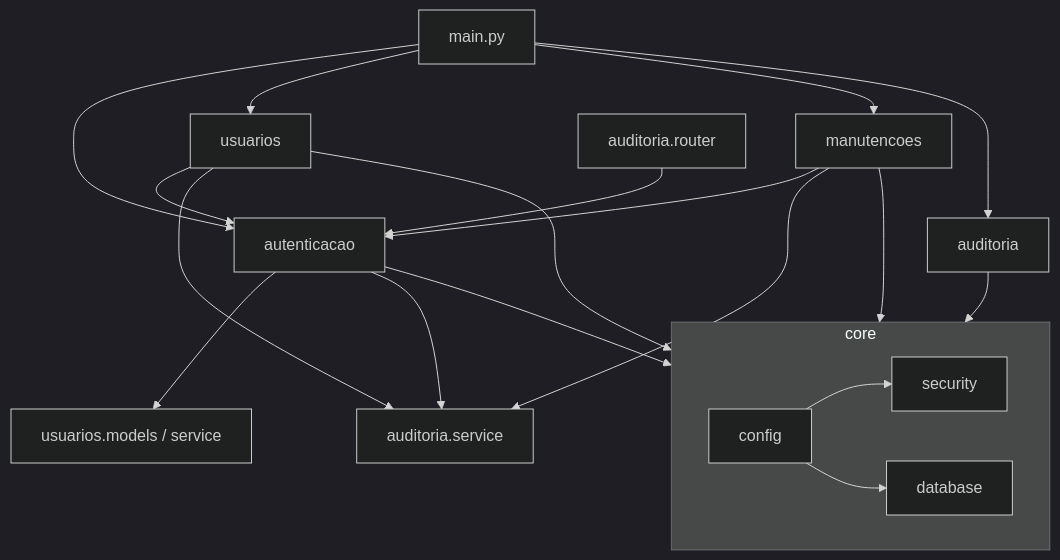
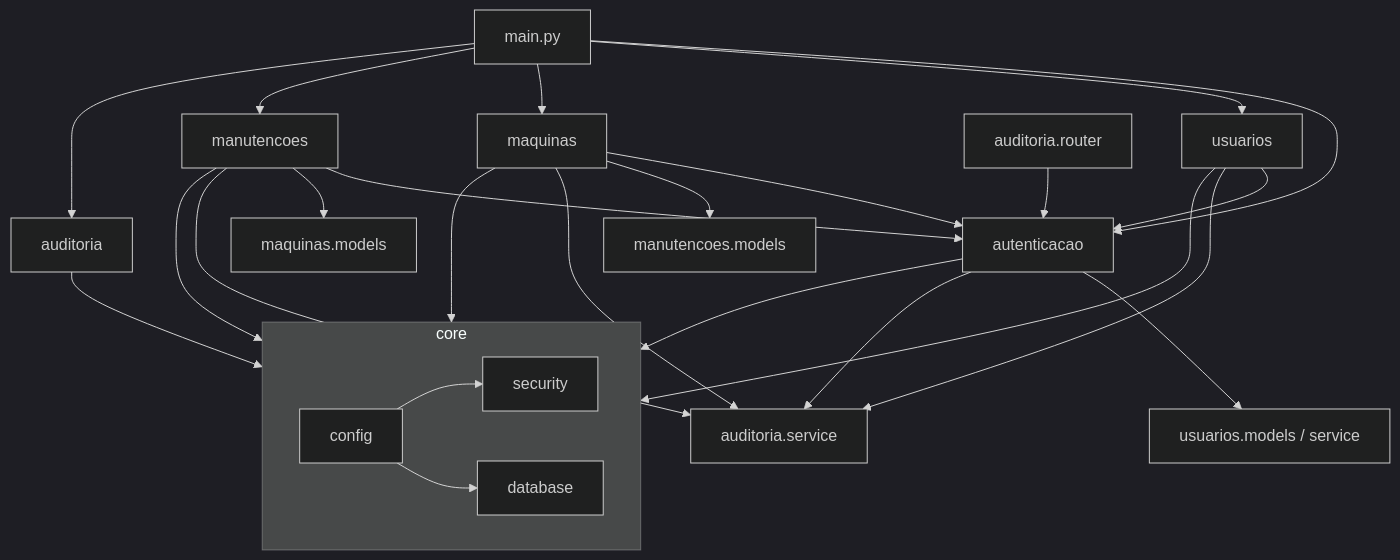
Before and after one commit to CristianoPirolli/manutencao-maquinas: the second of 4 diagrams in docs/ARQUITETURA.md, drawn with Mermaid (dark theme). The commit also changed other lines of this file and 13 other files, not shown here.

````diff
--- a/docs/ARQUITETURA.md
+++ b/docs/ARQUITETURA.md
@@ -48,16 +48,17 @@
 ```mermaid
 flowchart TD
-    main[main.py] --> autenticacao & usuarios & manutencoes & auditoria
-    manutencoes --> autenticacao
+    main[main.py] --> autenticacao & usuarios & maquinas & manutencoes & auditoria
+    maquinas & manutencoes --> autenticacao
     usuarios --> autenticacao
     auditoria_r[auditoria.router] --> autenticacao
     autenticacao --> usuarios_m[usuarios.models / service]
     autenticacao --> auditoria_s[auditoria.service]
-    manutencoes --> auditoria_s
-    usuarios --> auditoria_s
+    manutencoes --> maquinas_m[maquinas.models]
+    maquinas --> manutencoes_m[manutencoes.models]
+    maquinas & manutencoes & usuarios --> auditoria_s
     subgraph core
       config --> security
       config --> database
     end
-    autenticacao & usuarios & manutencoes & auditoria --> core
+    autenticacao & usuarios & maquinas & manutencoes & auditoria --> core
 ```
````
